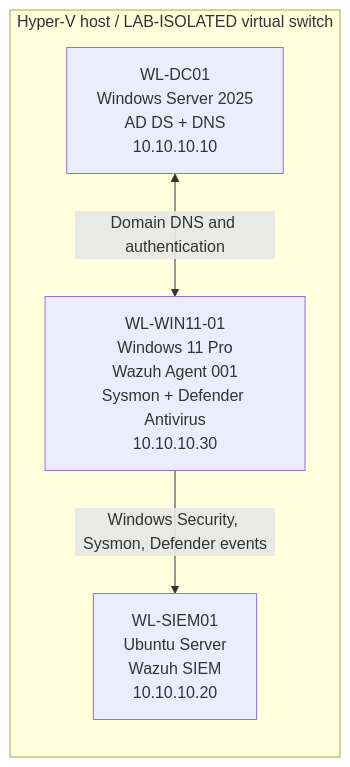
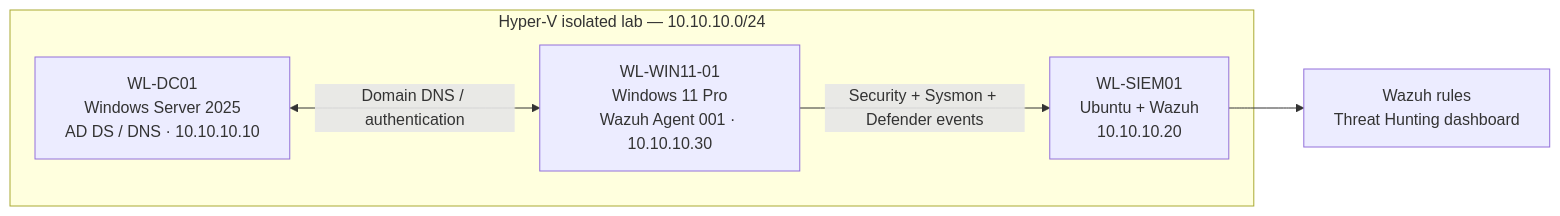
One commit to joshuaewhitley/LAB-04-SOC-Investigations-Detection-Engineering changed the diagram in README.md. Above: the diagram before and after it, drawn with Mermaid. The commit also changed other lines of this file and 6 other files, not shown here.

````diff
--- a/README.md
+++ b/README.md
@@ -17,10 +22,11 @@
 ```mermaid
 flowchart LR
-    subgraph HyperV[Hyper-V host / LAB-ISOLATED virtual switch]
-        DC["WL-DC01<br/>Windows Server 2025<br/>AD DS + DNS<br/>10.10.10.10"]
-        WIN["WL-WIN11-01<br/>Windows 11 Pro<br/>Wazuh Agent 001<br/>Sysmon + Defender Antivirus<br/>10.10.10.30"]
-        SIEM["WL-SIEM01<br/>Ubuntu Server<br/>Wazuh SIEM<br/>10.10.10.20"]
-        DC <-->|"Domain DNS and authentication"| WIN
-        WIN -->|"Windows Security, Sysmon, Defender events"| SIEM
+    subgraph Lab["Hyper-V isolated lab — 10.10.10.0/24"]
+        DC["WL-DC01<br/>Windows Server 2025<br/>AD DS / DNS · 10.10.10.10"]
+        WIN["WL-WIN11-01<br/>Windows 11 Pro<br/>Wazuh Agent 001 · 10.10.10.30"]
+        SIEM["WL-SIEM01<br/>Ubuntu + Wazuh<br/>10.10.10.20"]
+        DC <-->|"Domain DNS / authentication"| WIN
+        WIN -->|"Security + Sysmon + Defender events"| SIEM
     end
+    SIEM --> HUNT["Wazuh rules<br/>Threat Hunting dashboard"]
 ```
````
